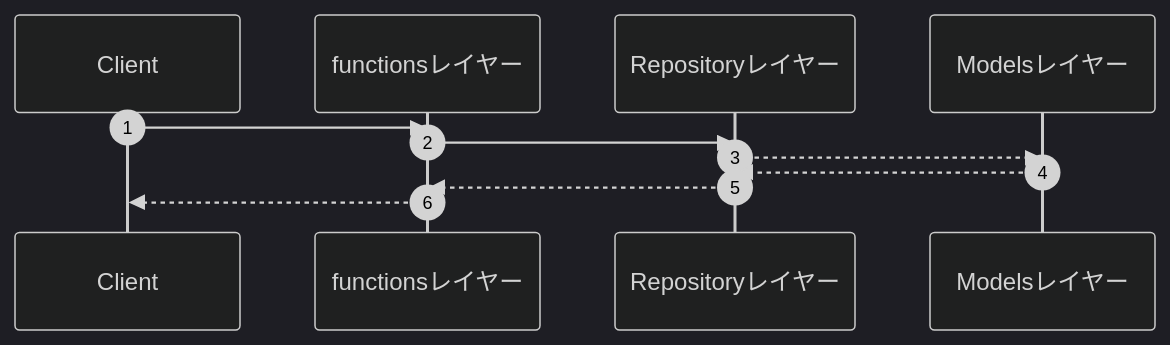
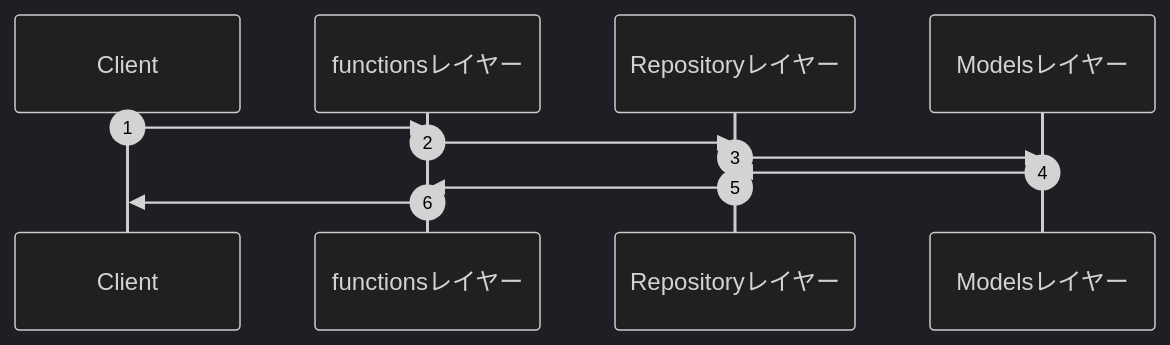
The second of 2 diagrams in docs/各レイヤーについて.md (talasago/retro_app), drawn with Mermaid (dark theme) before and after one commit. The commit also changed other lines of this file, not shown here.

````diff
--- a/docs/各レイヤーについて.md
+++ b/docs/各レイヤーについて.md
@@ -36,10 +36,10 @@
 ```mermaid
 sequenceDiagram
   autonumber
   Client ->> functionsレイヤー: 
   functionsレイヤー ->> Repositoryレイヤー: 
-  Repositoryレイヤー -->> Modelsレイヤー: 
-  Modelsレイヤー -->> Repositoryレイヤー: 
-  Repositoryレイヤー -->> functionsレイヤー: 
-  functionsレイヤー -->> Client: 
+  Repositoryレイヤー ->> Modelsレイヤー: 
+  Modelsレイヤー ->> Repositoryレイヤー: 
+  Repositoryレイヤー ->> functionsレイヤー: 
+  functionsレイヤー ->> Client: 
 ```
````
